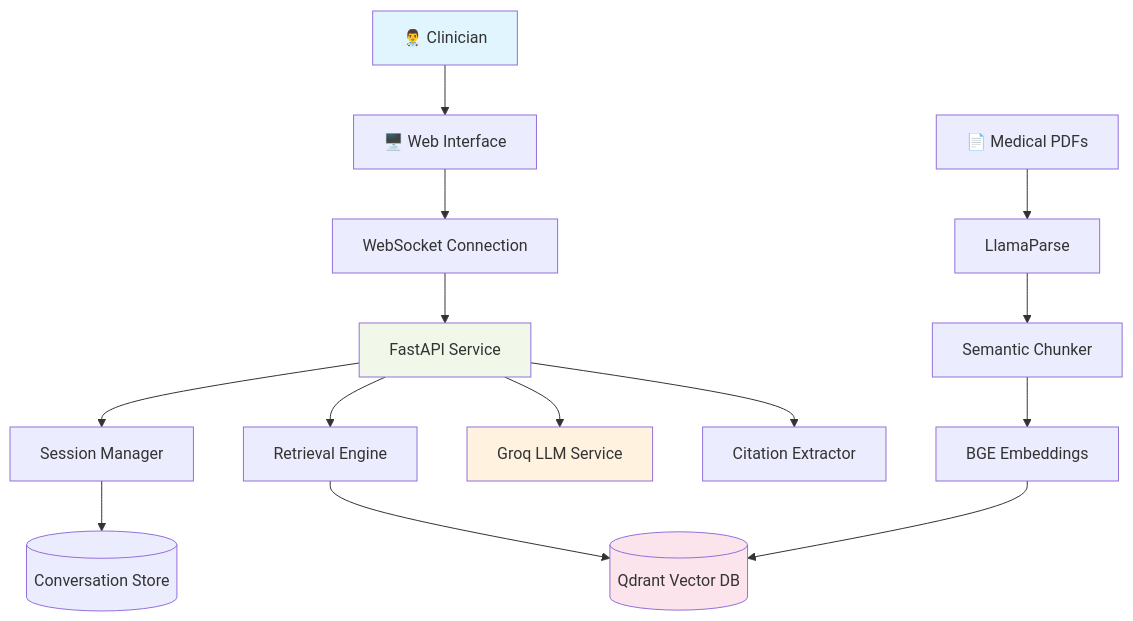
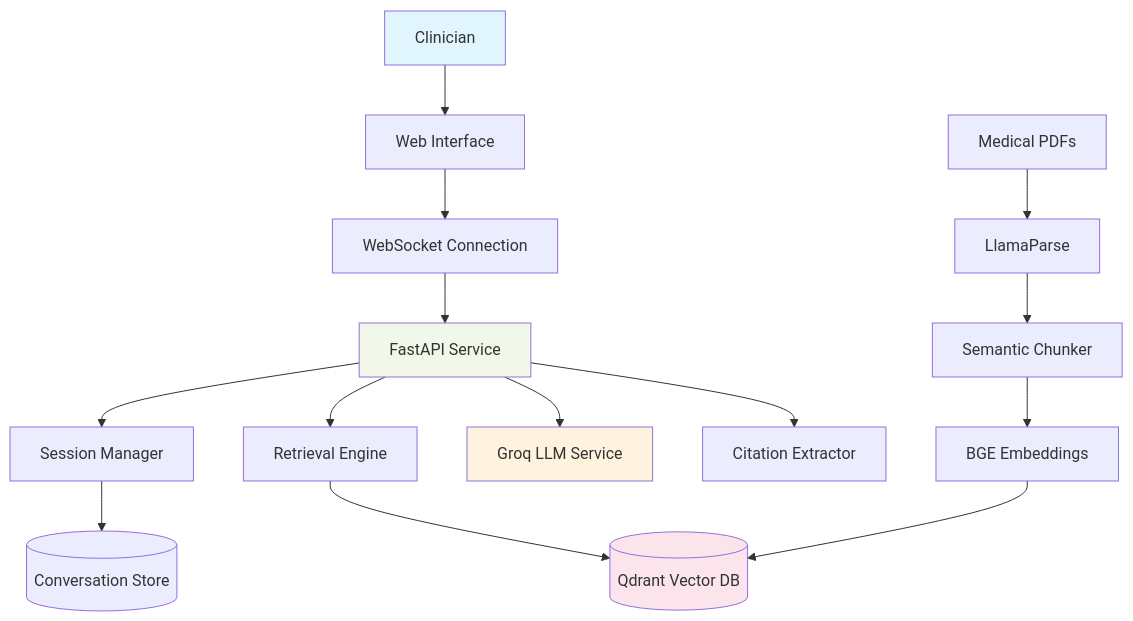
The diagram in README.md (Senummm/MedArchive-Rag), drawn with Mermaid before and after one commit. The commit also changed other lines of this file and 7 other files, not shown here.

````diff
--- a/README.md
+++ b/README.md
@@ -28,24 +28,24 @@
 ```mermaid
 graph TB
-    User[👨‍⚕️ Clinician] --> WebUI[🖥️ Web Interface]
+    User[Clinician] --> WebUI[Web Interface]
     WebUI --> WS[WebSocket Connection]
     WS --> API[FastAPI Service]
 
     API --> SM[Session Manager]
     API --> RET[Retrieval Engine]
     API --> LLM[Groq LLM Service]
     API --> CIT[Citation Extractor]
 
     SM --> CONV[(Conversation Store)]
     RET --> VDB[(Qdrant Vector DB)]
 
-    PDF[📄 Medical PDFs] --> PARSE[LlamaParse]
+    PDF[Medical PDFs] --> PARSE[LlamaParse]
     PARSE --> CHUNK[Semantic Chunker]
     CHUNK --> EMB[BGE Embeddings]
     EMB --> VDB
 
     style User fill:#e1f5fe
     style API fill:#f1f8e9
     style VDB fill:#fce4ec
     style LLM fill:#fff3e0
 ```
````
